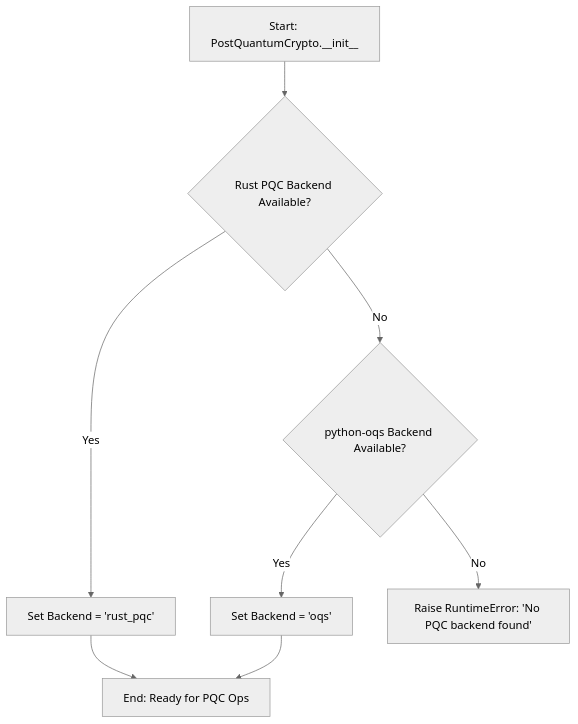
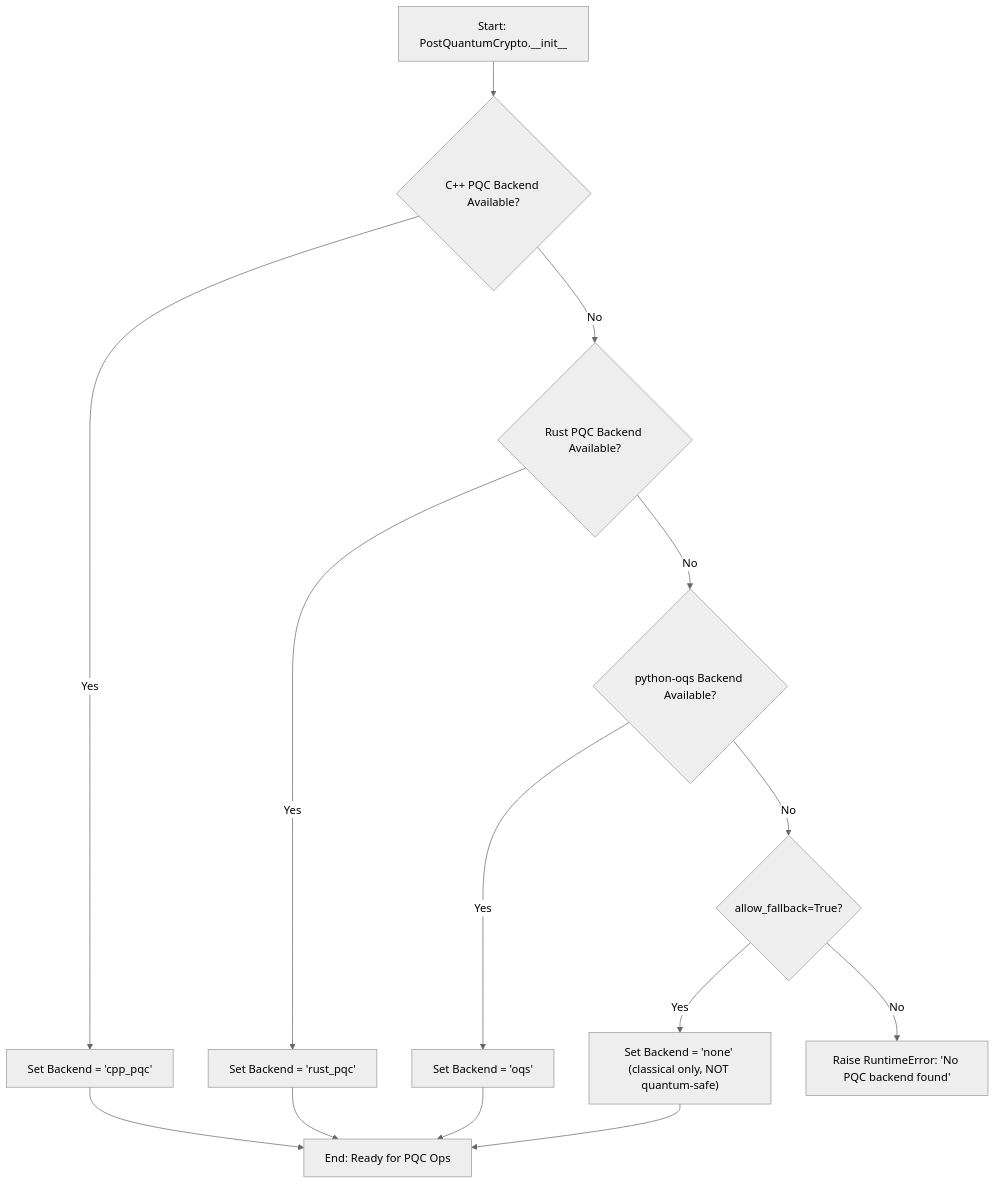
One commit to Johnsonajibi/PostQuantum-DualUSB-Token-Library changed the first of 13 diagrams in README.md. Above: the diagram before and after it, drawn with Mermaid (neutral theme). The commit also changed other lines of this file and 17 other files, not shown here.

````diff
--- a/README.md
+++ b/README.md
@@ -55,10 +64,16 @@
 ```mermaid
 graph TD
-    A["Start: PostQuantumCrypto.__init__"] --> B{"Rust PQC Backend Available?"};
-    B -- Yes --> C["Set Backend = 'rust_pqc'"];
-    B -- No --> D{"python-oqs Backend Available?"};
-    D -- Yes --> E["Set Backend = 'oqs'"];
-    D -- No --> F["Raise RuntimeError: 'No PQC backend found'"];
-    C --> G["End: Ready for PQC Ops"];
-    E --> G;
+    A["Start: PostQuantumCrypto.__init__"] --> B{"C++ PQC Backend Available?"};
+    B -- Yes --> C["Set Backend = 'cpp_pqc'"];
+    B -- No --> D{"Rust PQC Backend Available?"};
+    D -- Yes --> E["Set Backend = 'rust_pqc'"];
+    D -- No --> F{"python-oqs Backend Available?"};
+    F -- Yes --> G["Set Backend = 'oqs'"];
+    F -- No --> H{"allow_fallback=True?"};
+    H -- Yes --> I["Set Backend = 'none' (classical only, NOT quantum-safe)"];
+    H -- No --> J["Raise RuntimeError: 'No PQC backend found'"];
+    C --> K["End: Ready for PQC Ops"];
+    E --> K;
+    G --> K;
+    I --> K;
 ```
````
